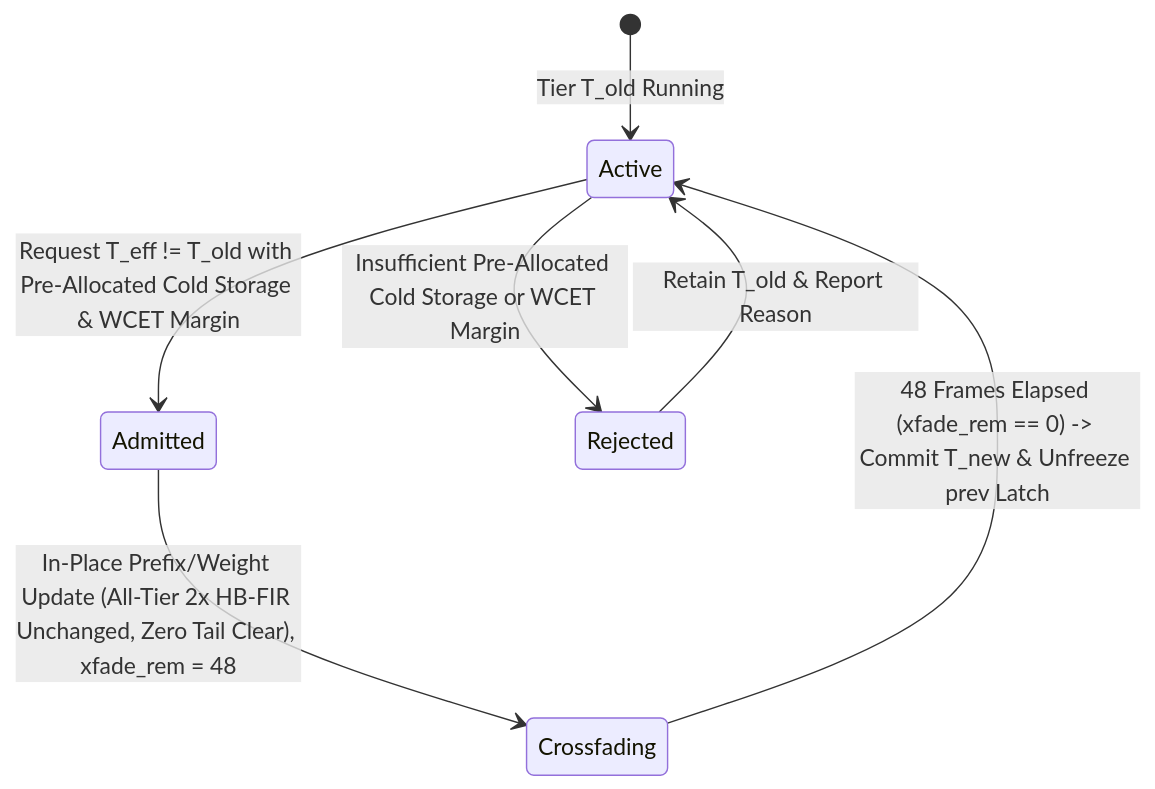
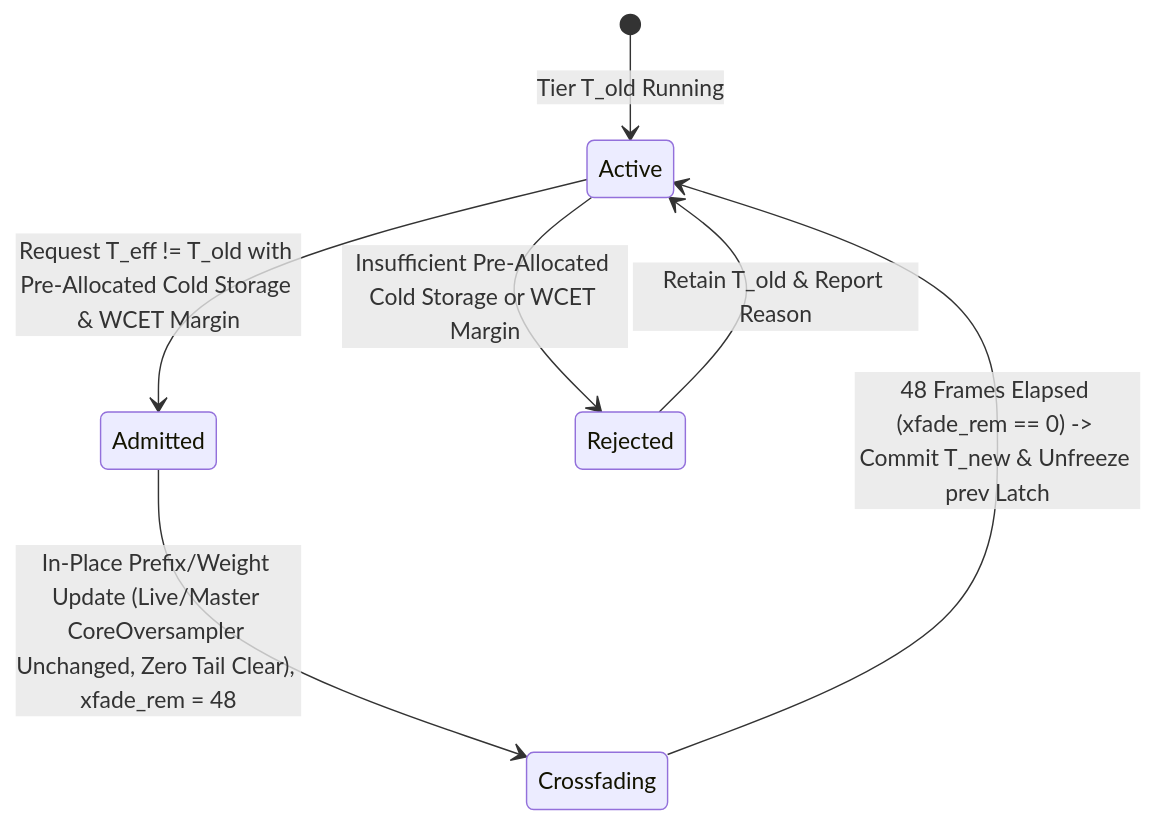
One commit to mokugen/dnam changed the fifth of 7 diagrams in docs/specs/architecture/sona_architecture.md. Above: the diagram before and after it, drawn with Mermaid. The commit also changed other lines of this file and 23 other files, not shown here.

````diff
--- a/docs/specs/architecture/sona_architecture.md
+++ b/docs/specs/architecture/sona_architecture.md
@@ -555,9 +563,9 @@
 ```mermaid
 stateDiagram-v2
     [*] --> Active: Tier T_old Running
     Active --> Admitted: Request T_eff != T_old with Pre-Allocated Cold Storage & WCET Margin
     Active --> Rejected: Insufficient Pre-Allocated Cold Storage or WCET Margin
-    Admitted --> Crossfading: In-Place Prefix/Weight Update (All-Tier 2x HB-FIR Unchanged, Zero Tail Clear), xfade_rem = 48
+    Admitted --> Crossfading: In-Place Prefix/Weight Update (Live/Master CoreOversampler Unchanged, Zero Tail Clear), xfade_rem = 48
     Crossfading --> Active: 48 Frames Elapsed (xfade_rem == 0) -> Commit T_new & Unfreeze prev Latch
     Rejected --> Active: Retain T_old & Report Reason
 ```
````
